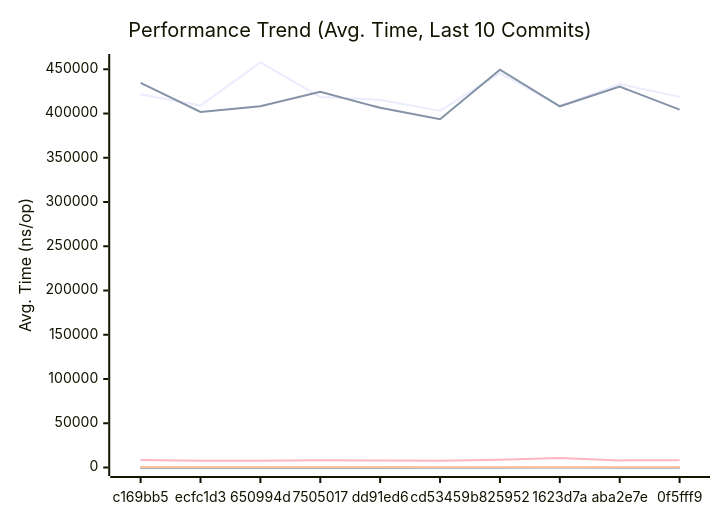
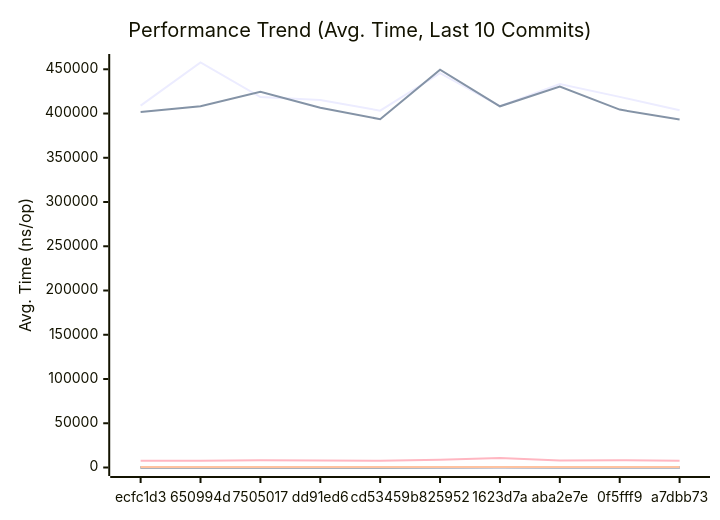
Before and after one commit to alsotoes/momo: the first of 3 diagrams in docs/PERFORMANCE.md, drawn with Mermaid. The commit also changed other lines of this file and 10 other files, not shown here.

````diff
--- a/docs/PERFORMANCE.md
+++ b/docs/PERFORMANCE.md
@@ -145,20 +145,20 @@
 ```mermaid
 xychart-beta
     title "Performance Trend (Avg. Time, Last 10 Commits)"
     x-axis "Commit"
     y-axis "Avg. Time (ns/op)"
-    x-axis [c169bb5,ecfc1d3,650994d,7505017,dd91ed6,cd53459,b825952,1623d7a,aba2e7e,0f5fff9]
-    line "AWSChunkedReaderSigned" [421825,408990,457655,418649,415373,403249,445617,408424,433346,418811]
-    line "AWSChunkedReaderUnsigned" [434524,401783,408115,424530,406436,393596,449617,408148,430389,404420]
-    line "CheckMetricsAndSwap" [8,8,8,8,7,8,8,9,8,8]
-    line "CrushOptimized" [338,304,306,309,294,287,358,356,303,301]
-    line "CrushOriginal" [417,407,394,422,407,389,441,568,411,382]
+    x-axis [ecfc1d3,650994d,7505017,dd91ed6,cd53459,b825952,1623d7a,aba2e7e,0f5fff9,a7dbb73]
+    line "AWSChunkedReaderSigned" [408990,457655,418649,415373,403249,445617,408424,433346,418811,403588]
+    line "AWSChunkedReaderUnsigned" [401783,408115,424530,406436,393596,449617,408148,430389,404420,393243]
+    line "CheckMetricsAndSwap" [8,8,8,7,8,8,9,8,8,7]
+    line "CrushOptimized" [304,306,309,294,287,358,356,303,301,284]
+    line "CrushOriginal" [407,394,422,407,389,441,568,411,382,396]
     line "IndexDirectTracking" [0,0,0,0,0,0,0,0,0,0]
-    line "IndexSearch" [2,2,2,2,2,1,1,2,2,2]
-    line "LoadGlobalConfig" [8344,7742,7670,8319,7911,7590,8718,10767,8040,8190]
-    line "PadString" [41,40,38,40,39,36,44,55,40,53]
+    line "IndexSearch" [2,2,2,2,1,1,2,2,2,3]
+    line "LoadGlobalConfig" [7742,7670,8319,7911,7590,8718,10767,8040,8190,7563]
+    line "PadString" [40,38,40,39,36,44,55,40,53,37]
     line "ParseReplicationOrder_NoPrealloc" [350,349,357,354,345,225,229,165,232,234]
     line "ParseReplicationOrder_Prealloc" [229,231,237,234,229,108,107,80,110,109]
-    line "SanitizeLog/Safe" [229,396,398,416,401,396,419,499,416,418]
-    line "SanitizeLog/Unsafe" [678,514,487,506,541,482,602,485,511,532]
+    line "SanitizeLog/Safe" [396,398,416,401,396,419,499,416,418,222]
+    line "SanitizeLog/Unsafe" [514,487,506,541,482,602,485,511,532,643]
 ```
````
